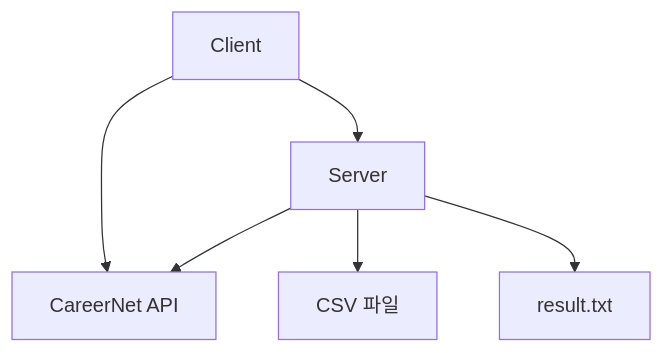
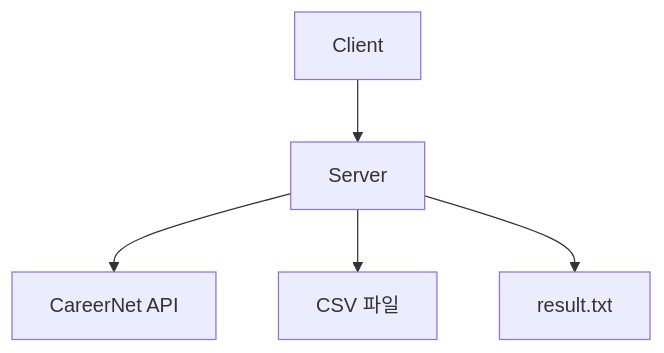
One commit to zaien24/seatae1 changed the diagram in README.md. Above: the diagram before and after it, drawn with Mermaid.

````diff
--- a/README.md
+++ b/README.md
@@ -223,14 +223,13 @@
 ```mermaid
   flowchart TD
       Client[Client]
       CareerNet[CareerNet API]
       CSV[CSV 파일]
       Server[Server]
       Result[result.txt]
   
-      Client --> CareerNet
       Client --> Server
       Server --> CareerNet
       Server --> CSV
       Server --> Result
 ```
````
